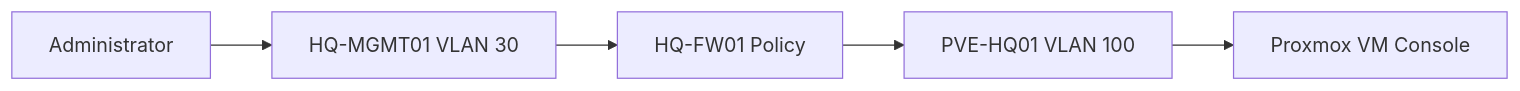
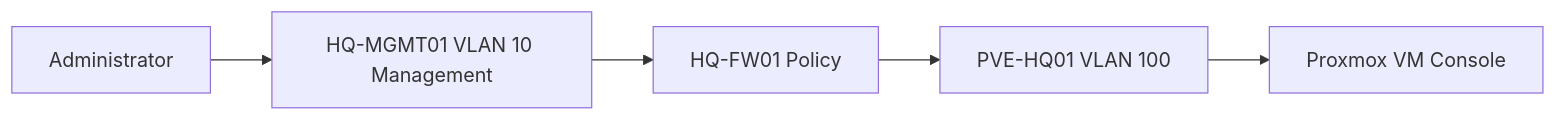
One commit to gntech-dev/geil-enterprise-docs changed the second of 2 diagrams in docs/platform/proxmox-hq-foundation-lld.md. Above: the diagram before and after it, drawn with Mermaid. The commit also changed other lines of this file and 22 other files, not shown here.

Commit message:
docs: move HQ-MGMT01 to management VLAN

````diff
--- a/docs/platform/proxmox-hq-foundation-lld.md
+++ b/docs/platform/proxmox-hq-foundation-lld.md
@@ -154,9 +154,9 @@
 ```mermaid
 flowchart LR
     Admin[Administrator]
-    MGMT[HQ-MGMT01 VLAN 30]
+    MGMT[HQ-MGMT01 VLAN 10 Management]
     FW[HQ-FW01 Policy]
     PVE[PVE-HQ01 VLAN 100]
     VMConsole[Proxmox VM Console]
     Admin --> MGMT --> FW --> PVE --> VMConsole
 ```
````
